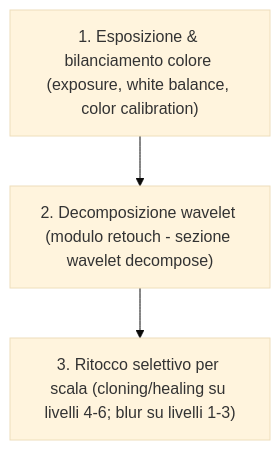
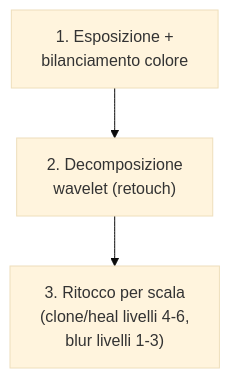
Before and after one commit to lorenzoperone/darktable-docs: the diagram in docs/modules/retouch.md, drawn with Mermaid (base theme). The commit also changed 40 other files, not shown here.

First line of the commit message:
fix: reformatta diagrammi Mermaid — etichette brevi, break line, italiano

````diff
--- a/docs/modules/retouch.md
+++ b/docs/modules/retouch.md
@@ -21,4 +21,4 @@
 ```mermaid
 flowchart TD
-    A["1. Esposizione & bilanciamento colore (exposure, white balance, color calibration)"] --> B["2. Decomposizione wavelet (modulo retouch - sezione wavelet decompose)"] --> C["3. Ritocco selettivo per scala (cloning/healing su livelli 4-6; blur su livelli 1-3)"]
+    A["1. Esposizione +<br/>bilanciamento colore"] --> B["2. Decomposizione<br/>wavelet (retouch)"] --> C["3. Ritocco per scala<br/>(clone/heal livelli 4-6,<br/>blur livelli 1-3)"]
 ```
````
